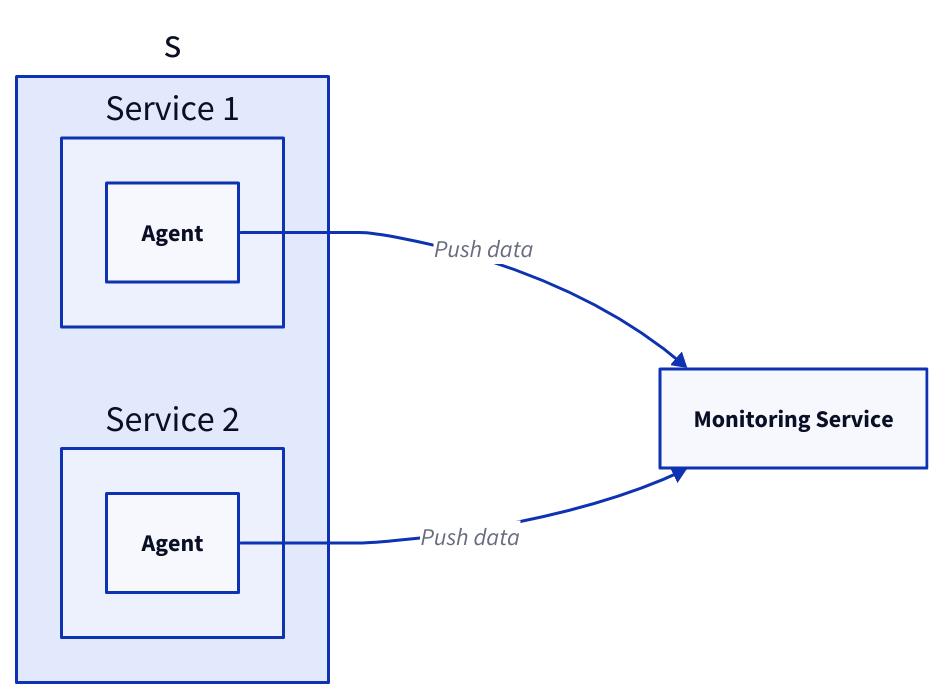
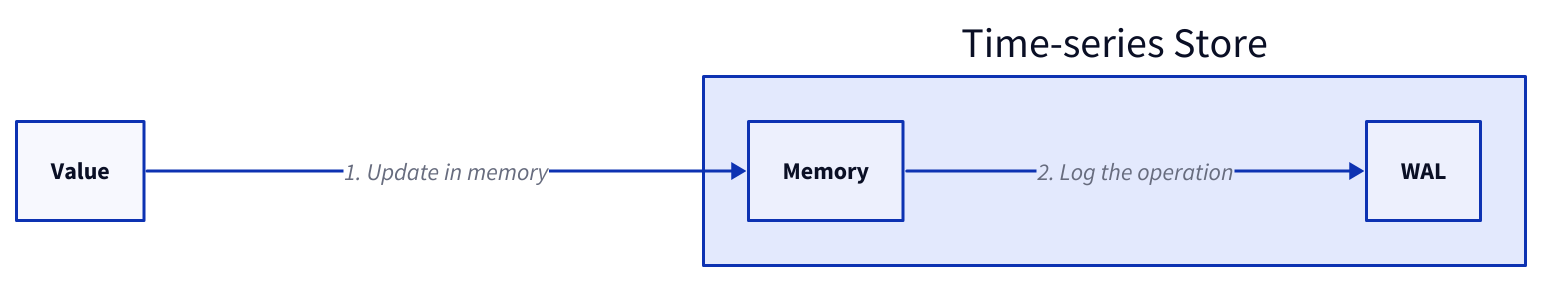
The first of 14 diagrams in content/docs/system-administration/system-monitoring/_index.md (link1905/system-design-101), drawn with D2 before and after one commit. The commit also changed other lines of this file and 12 other files, not shown here.

````diff
--- a/content/docs/system-administration/system-monitoring/_index.md
+++ b/content/docs/system-administration/system-monitoring/_index.md
@@ -23,21 +84,16 @@
 ```d2
 direction: right
-s {
-  class: none
-  s1: Service 1 {
-    a: Agent {
-      class: process
+s: Time-series Store {
+    m: Memory {
+        class: cache
     }
-  }
-  s2: Service 2 {
-    a: Agent {
-      class: process
+    wal: WAL {
+        class: file
     }
-  }
 }
-m: Monitoring Service {
-    class: monitor
+v: Value {
+    class: request
 }
-s.s1.a -> m: Push data
-s.s2.a -> m: Push data
+v -> s.m: 1. Update in memory
+s.m -> s.wal: 2. Log the operation
 ```
````
